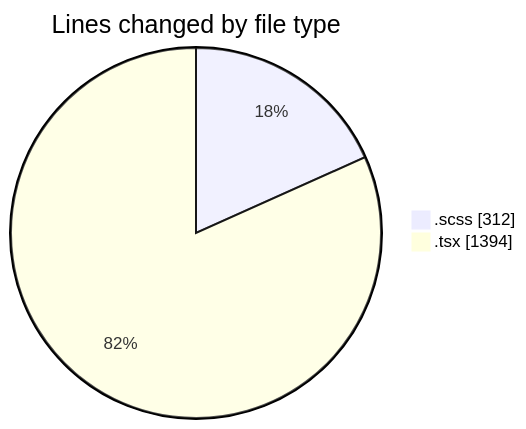
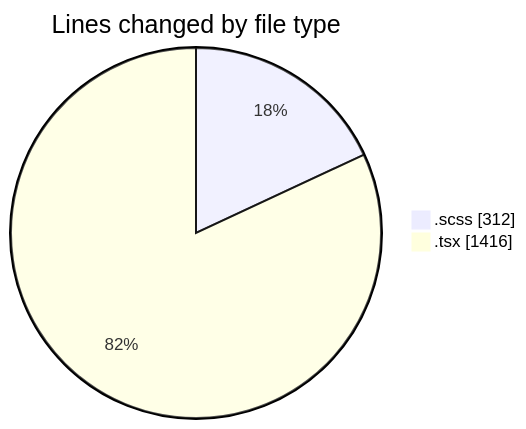
One commit to momahboobian/code-tracking changed the first of 2 diagrams in 2025-08-28/cda/README.md. Above: the diagram before and after it, drawn with Mermaid. The commit also changed other lines of this file and 1 other file, not shown here.

````diff
--- a/2025-08-28/cda/README.md
+++ b/2025-08-28/cda/README.md
@@ -25,6 +25,6 @@
 ```mermaid
 pie showData
 title Lines changed by file type
 ".scss" : 312
-".tsx" : 1394
+".tsx" : 1416
 ```
````
